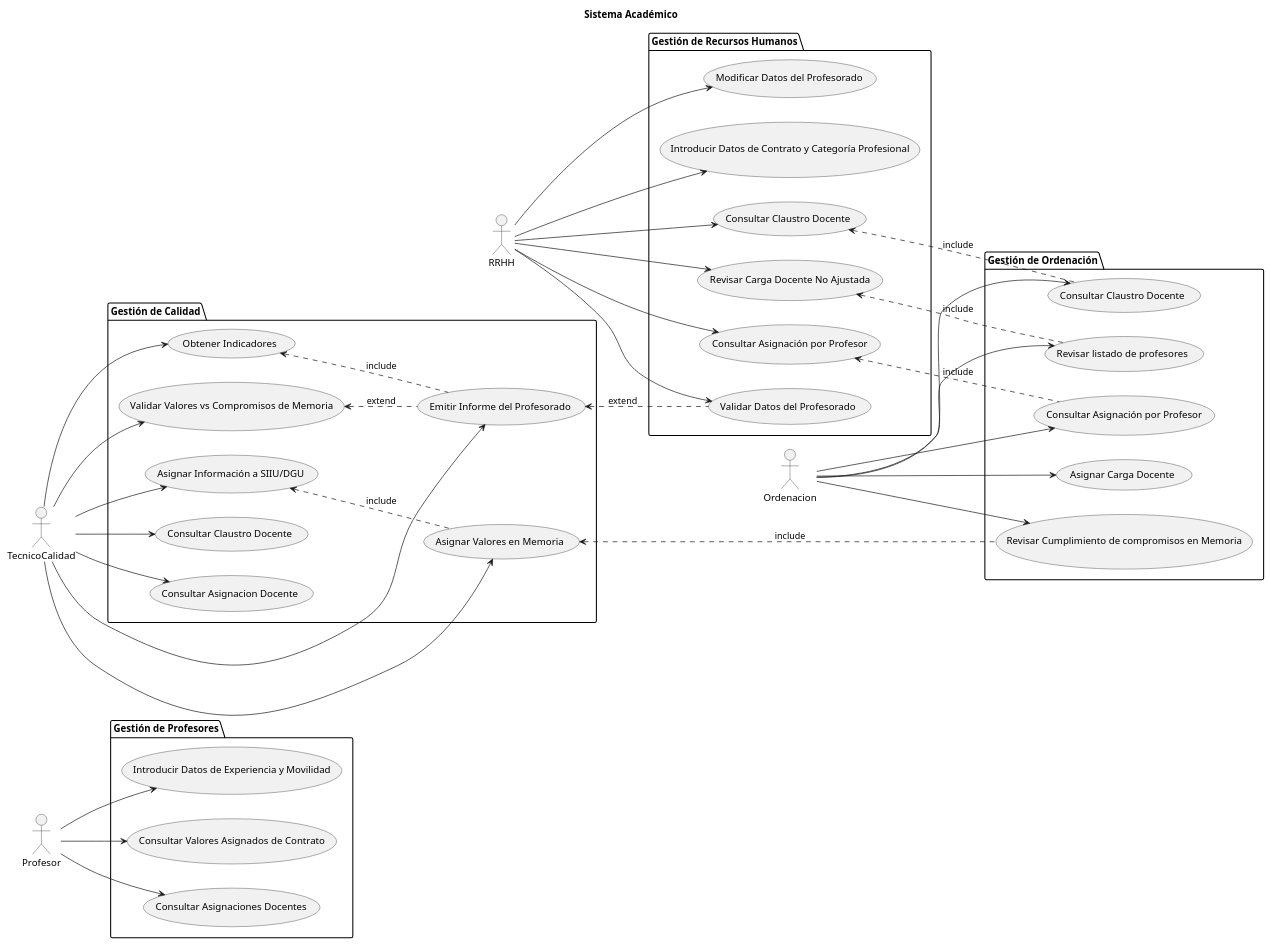
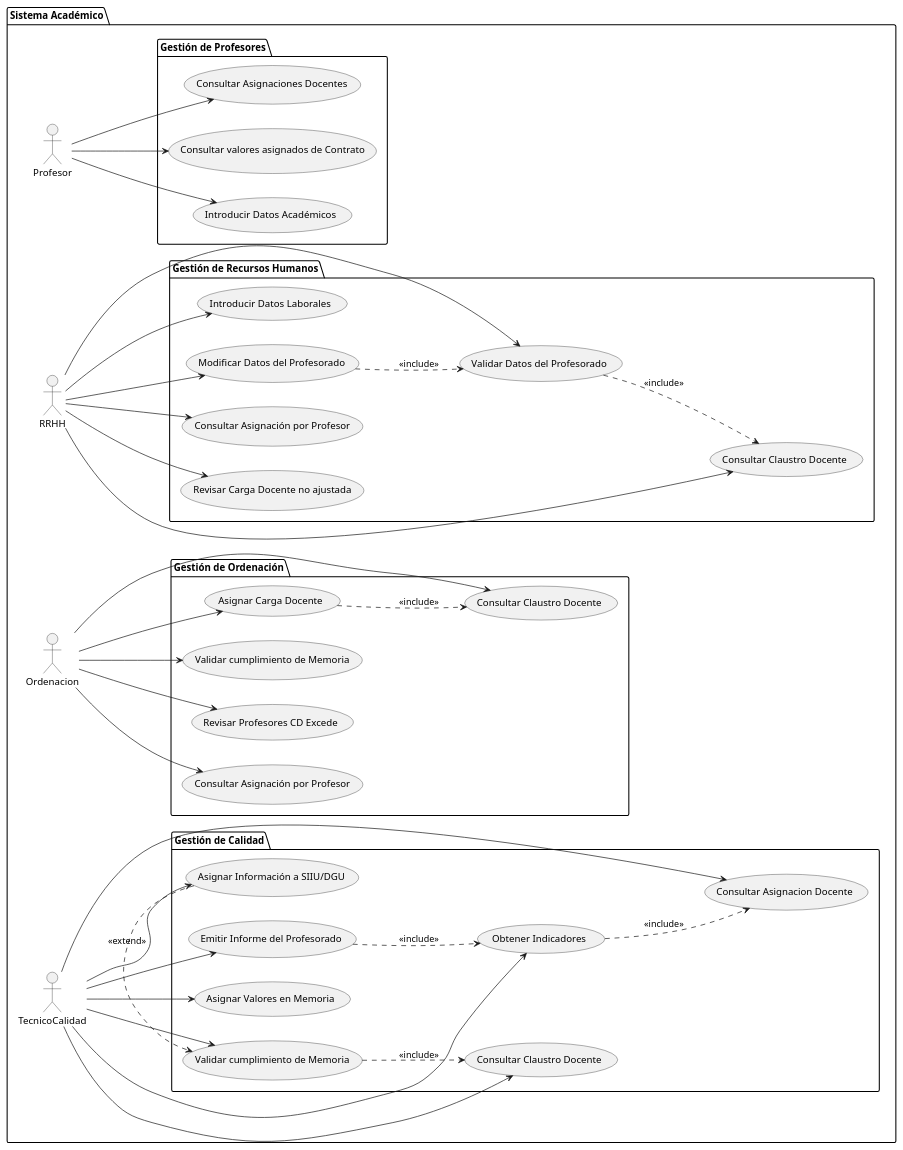
Before and after one commit to mmasias/24-25-IdSw1-SDR: the diagram in modelosUML/CdU/EstructurarCasosDeUso/Sistema.puml, drawn with PlantUML. The commit also changed 3 other files, not shown here.

Commit message:
Actualizar EstructurarCasosDeUso.md: reestructurar secciones y mejorar diagramas UML

```diff
--- a/modelosUML/CdU/EstructurarCasosDeUso/Sistema.puml
+++ b/modelosUML/CdU/EstructurarCasosDeUso/Sistema.puml
@@ -2,78 +1,80 @@
 @startuml
 left to right direction
 
-title Sistema Académico
+package "Sistema Académico" {
+    package "Gestión de Profesores" {
+        usecase "Introducir Datos Académicos" as IntroducirExperiencia
+        usecase "Consultar valores asignados de Contrato" as ConsultarValores
+        usecase "Consultar Asignaciones Docentes" as ConsultarAsignaciones
+    }
 
-package "Gestión de Profesores" {
-    usecase "Introducir Datos de Experiencia y Movilidad" as IntroducirExperiencia
-    usecase "Consultar Valores Asignados de Contrato" as ConsultarValores
-    usecase "Consultar Asignaciones Docentes" as ConsultarAsignaciones
+    package "Gestión de Recursos Humanos" {
+        usecase "Validar Datos del Profesorado" as ValidarDatosRRHH
+        usecase "Modificar Datos del Profesorado" as ModificarDatosRRHH
+        usecase "Introducir Datos Laborales" as IntroducirContrato
+        usecase "Revisar Carga Docente no ajustada" as RevisarCargaRRHH
+        usecase "Consultar Claustro Docente" as ConsultarClaustroRRHH
+        usecase "Consultar Asignación por Profesor" as ConsultarAsignacionRRHH
+    }
+
+    package "Gestión de Ordenación" {
+        usecase "Asignar Carga Docente" as AsignarCargaOrdenacion
+        usecase "Consultar Claustro Docente" as ConsultarClaustroOrdenacion
+        usecase "Consultar Asignación por Profesor" as ConsultarAsignacionOrdenacion
+        usecase "Revisar Profesores CD Excede" as RevisarCargaOrdenacion
+        usecase "Validar cumplimiento de Memoria" as RevisarMemoria
+    }
+
+    package "Gestión de Calidad" {
+        usecase "Consultar Claustro Docente" as ConsultarClaustroCalidad
+        usecase "Consultar Asignacion Docente" as ConsultarAsignacionCalidad
+        usecase "Asignar Valores en Memoria" as AsignarValoresMemoria
+        usecase "Asignar Información a SIIU/DGU" as AsignarInformacion
+        usecase "Validar cumplimiento de Memoria" as ValidarMemoria
+        usecase "Obtener Indicadores" as ObtenerIndicadores
+        usecase "Emitir Informe del Profesorado" as EmitirInforme
+    }
+
+    actor Profesor
+    actor RRHH as RecursosHumanos
+    actor Ordenacion
+    actor TecnicoCalidad as Tecnico
+
+    Profesor --> IntroducirExperiencia
+    Profesor --> ConsultarValores
+    Profesor --> ConsultarAsignaciones
+
+    RecursosHumanos --> ValidarDatosRRHH
+    RecursosHumanos --> ModificarDatosRRHH
+    RecursosHumanos --> IntroducirContrato
+    RecursosHumanos --> RevisarCargaRRHH
+    RecursosHumanos --> ConsultarClaustroRRHH
+    RecursosHumanos --> ConsultarAsignacionRRHH
+
+    Ordenacion --> AsignarCargaOrdenacion
+    Ordenacion --> ConsultarClaustroOrdenacion
+    Ordenacion --> ConsultarAsignacionOrdenacion
+    Ordenacion --> RevisarCargaOrdenacion
+    Ordenacion --> RevisarMemoria
+
+    Tecnico --> AsignarValoresMemoria
+    Tecnico --> AsignarInformacion
+    Tecnico --> ValidarMemoria
+    Tecnico --> ObtenerIndicadores
+    Tecnico --> EmitirInforme
+    Tecnico --> ConsultarClaustroCalidad
+    Tecnico --> ConsultarAsignacionCalidad
+
+    ValidarDatosRRHH ..> ConsultarClaustroRRHH : <<include>>
+    ModificarDatosRRHH ..> ValidarDatosRRHH : <<include>>
+
+    AsignarCargaOrdenacion ..> ConsultarClaustroOrdenacion : <<include>>
+
+    ValidarMemoria ..> ConsultarClaustroCalidad : <<include>>
+    EmitirInforme ..> ObtenerIndicadores : <<include>>
+    ObtenerIndicadores ..> ConsultarAsignacionCalidad : <<include>>
+
+    AsignarInformacion .> ValidarMemoria : <<extend>>
 }
 
-package "Gestión de Recursos Humanos" {
-    usecase "Validar Datos del Profesorado" as ValidarDatosRRHH
-    usecase "Modificar Datos del Profesorado" as ModificarDatosRRHH
-    usecase "Introducir Datos de Contrato y Categoría Profesional" as IntroducirContrato
-    usecase "Revisar Carga Docente No Ajustada" as RevisarCargaRRHH
-    usecase "Consultar Claustro Docente" as ConsultarClaustroRRHH
-    usecase "Consultar Asignación por Profesor" as ConsultarAsignacionRRHH
-}
-
-package "Gestión de Ordenación" {
-    usecase "Asignar Carga Docente" as AsignarCargaOrdenacion
-    usecase "Consultar Claustro Docente" as ConsultarClaustroOrdenacion
-    usecase "Consultar Asignación por Profesor" as ConsultarAsignacionOrdenacion
-    usecase "Revisar listado de profesores" as RevisarCargaOrdenacion
-    usecase "Revisar Cumplimiento de compromisos en Memoria" as RevisarMemoria
-}
-
-package "Gestión de Calidad" {
-    usecase "Consultar Claustro Docente" as ConsultarClaustroCalidad
-    usecase "Consultar Asignacion Docente" as ConsultarAsignacionCalidad
-    usecase "Asignar Valores en Memoria" as AsignarValoresMemoria
-    usecase "Asignar Información a SIIU/DGU" as AsignarInformacion
-    usecase "Validar Valores vs Compromisos de Memoria" as ValidarMemoria
-    usecase "Obtener Indicadores" as ObtenerIndicadores
-    usecase "Emitir Informe del Profesorado" as EmitirInforme
-    
-}
-
-actor Profesor
-actor RRHH as RecursosHumanos
-actor Ordenacion
-actor TecnicoCalidad as Tecnico
-
-Profesor --> IntroducirExperiencia
-Profesor --> ConsultarValores
-Profesor --> ConsultarAsignaciones
-
-RecursosHumanos --> ValidarDatosRRHH
-RecursosHumanos --> ModificarDatosRRHH
-RecursosHumanos --> IntroducirContrato
-RecursosHumanos --> RevisarCargaRRHH
-RecursosHumanos --> ConsultarClaustroRRHH
-RecursosHumanos --> ConsultarAsignacionRRHH
-
-Ordenacion --> AsignarCargaOrdenacion
-Ordenacion --> ConsultarClaustroOrdenacion
-Ordenacion --> ConsultarAsignacionOrdenacion
-Ordenacion --> RevisarCargaOrdenacion
-Ordenacion --> RevisarMemoria
-
-Tecnico --> AsignarValoresMemoria
-Tecnico --> AsignarInformacion
-Tecnico --> ValidarMemoria
-Tecnico --> ObtenerIndicadores
-Tecnico --> EmitirInforme
-Tecnico --> ConsultarClaustroCalidad
-Tecnico --> ConsultarAsignacionCalidad
-
-ConsultarClaustroRRHH <.. ConsultarClaustroOrdenacion : include
-ConsultarAsignacionRRHH <.. ConsultarAsignacionOrdenacion : include
-ValidarMemoria <.. EmitirInforme : extend
-AsignarValoresMemoria <.. RevisarMemoria : include
-ObtenerIndicadores <.. EmitirInforme : include
-RevisarCargaRRHH <.. RevisarCargaOrdenacion : include
-AsignarInformacion <.. AsignarValoresMemoria : include
-EmitirInforme <.. ValidarDatosRRHH : extend
 @enduml
```
